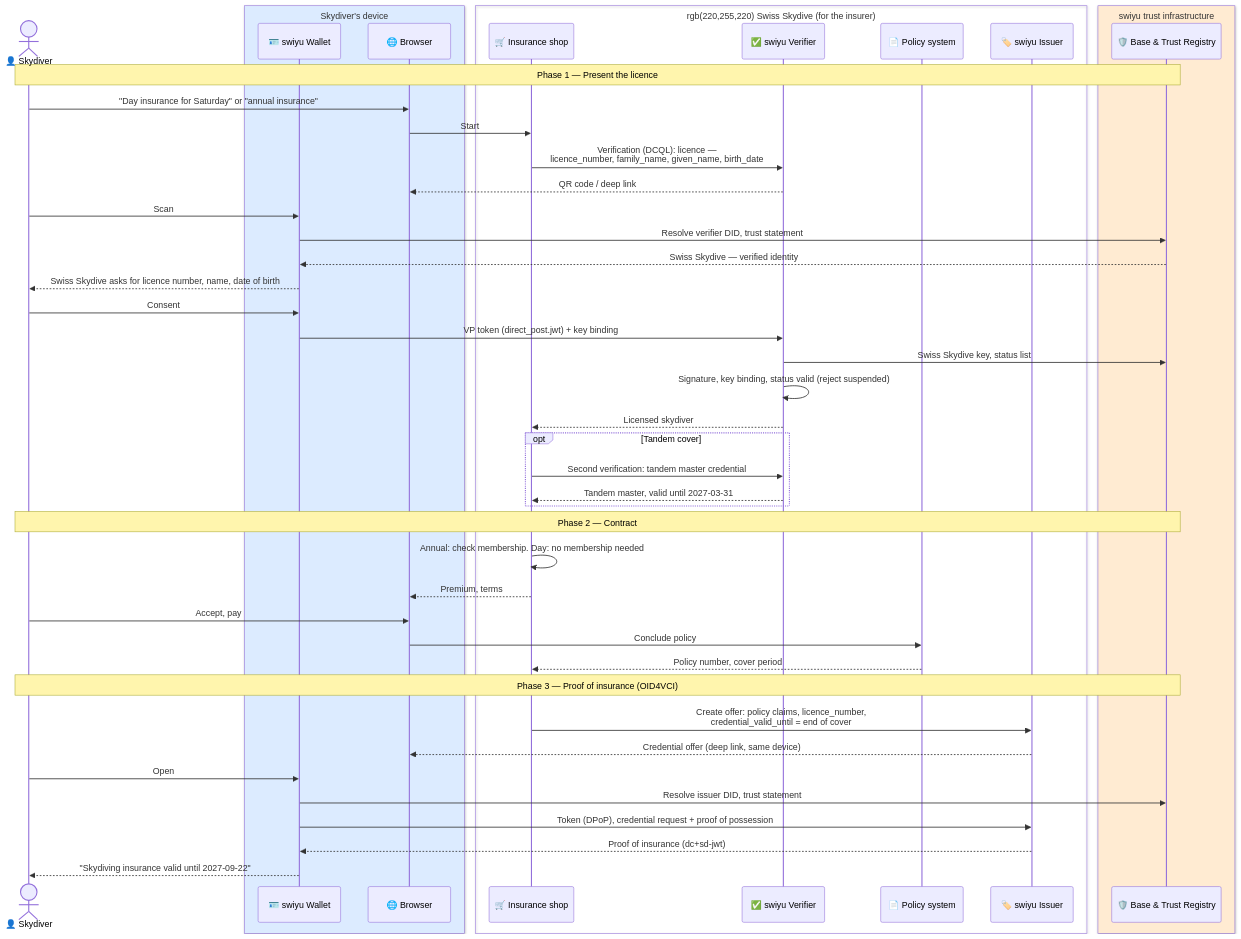
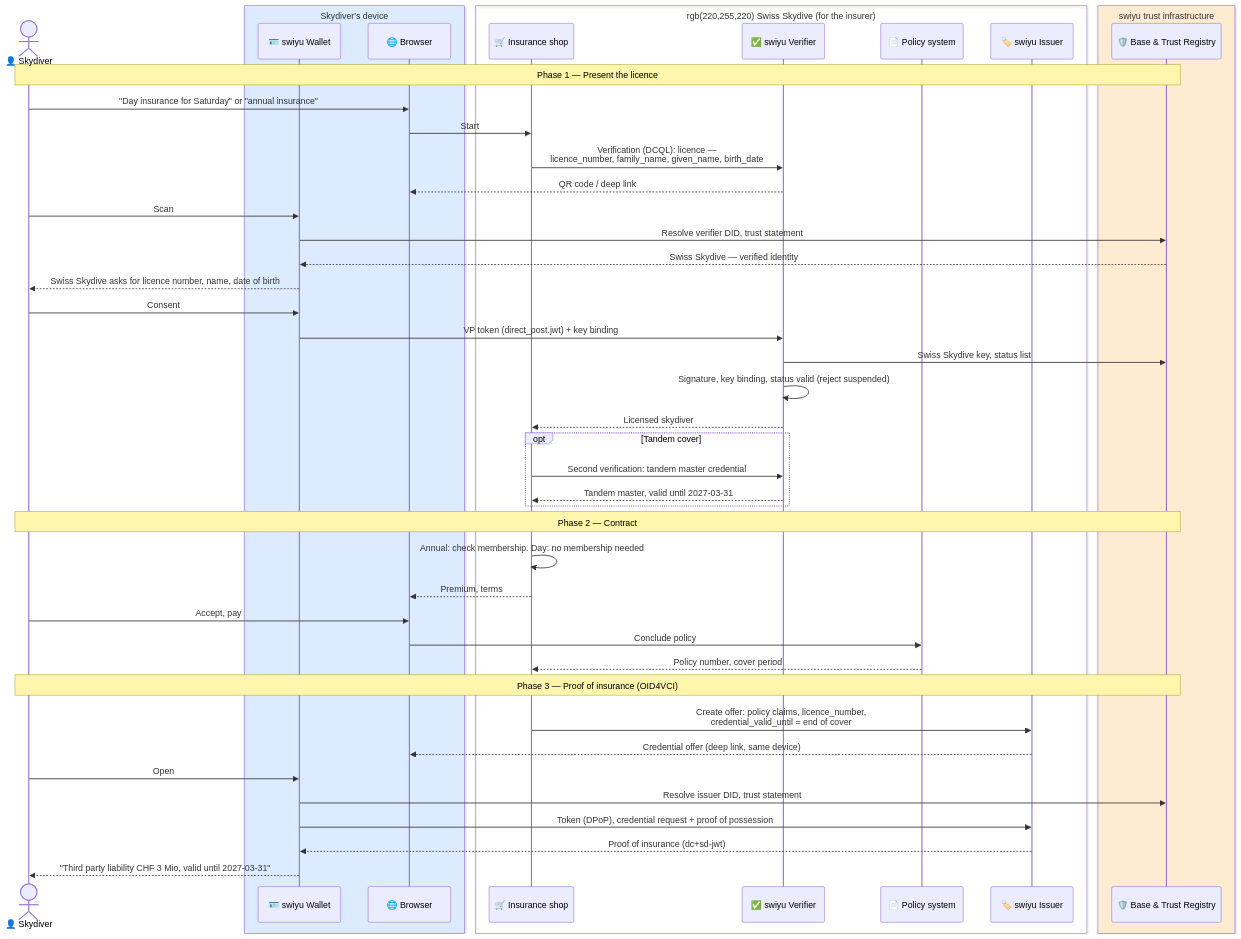
The diagram in insurance/README.md (DIDAS-swiss/Trust-Flow-Diagram-Repository), drawn with Mermaid before and after one commit. The commit also changed other lines of this file and 8 other files, not shown here.

````diff
--- a/insurance/README.md
+++ b/insurance/README.md
@@ -43,56 +51,56 @@
 ```mermaid
 %%{init: {"theme": "default", "themeVariables": {"fontFamily": "Inter, Arial"}}}%%
 sequenceDiagram
     actor Jumper as 👤 Skydiver
 
     box rgb(220,235,255) Skydiver's device
         participant Wallet as 🪪 swiyu Wallet
         participant Browser as 🌐 Browser
     end
 
     box rgb(220,255,220) Swiss Skydive (for the insurer)
         participant Shop as 🛒 Insurance shop
         participant Verifier as ✅ swiyu Verifier
         participant Policy as 📄 Policy system
         participant Issuer as 🏷️ swiyu Issuer
     end
 
     box rgb(255,235,210) swiyu trust infrastructure
         participant Trust as 🛡️ Base & Trust Registry
     end
 
     Note over Jumper,Trust: Phase 1 — Present the licence
     Jumper->>Browser: "Day insurance for Saturday" or "annual insurance"
     Browser->>Shop: Start
     Shop->>Verifier: Verification (DCQL): licence —<br/>licence_number, family_name, given_name, birth_date
     Verifier-->>Browser: QR code / deep link
     Jumper->>Wallet: Scan
     Wallet->>Trust: Resolve verifier DID, trust statement
     Trust-->>Wallet: Swiss Skydive — verified identity
     Wallet-->>Jumper: Swiss Skydive asks for licence number, name, date of birth
     Jumper->>Wallet: Consent
     Wallet->>Verifier: VP token (direct_post.jwt) + key binding
     Verifier->>Trust: Swiss Skydive key, status list
     Verifier->>Verifier: Signature, key binding, status valid (reject suspended)
     Verifier-->>Shop: Licensed skydiver
     opt Tandem cover
         Shop->>Verifier: Second verification: tandem master credential
         Verifier-->>Shop: Tandem master, valid until 2027-03-31
     end
 
     Note over Jumper,Trust: Phase 2 — Contract
     Shop->>Shop: Annual: check membership. Day: no membership needed
     Shop-->>Browser: Premium, terms
     Jumper->>Browser: Accept, pay
     Browser->>Policy: Conclude policy
     Policy-->>Shop: Policy number, cover period
 
     Note over Jumper,Trust: Phase 3 — Proof of insurance (OID4VCI)
     Shop->>Issuer: Create offer: policy claims, licence_number,<br/>credential_valid_until = end of cover
     Issuer-->>Browser: Credential offer (deep link, same device)
     Jumper->>Wallet: Open
     Wallet->>Trust: Resolve issuer DID, trust statement
     Wallet->>Issuer: Token (DPoP), credential request + proof of possession
     Issuer-->>Wallet: Proof of insurance (dc+sd-jwt)
-    Wallet-->>Jumper: "Skydiving insurance valid until 2027-09-22"
+    Wallet-->>Jumper: "Third party liability CHF 3 Mio, valid until 2027-03-31"
 ```
````
